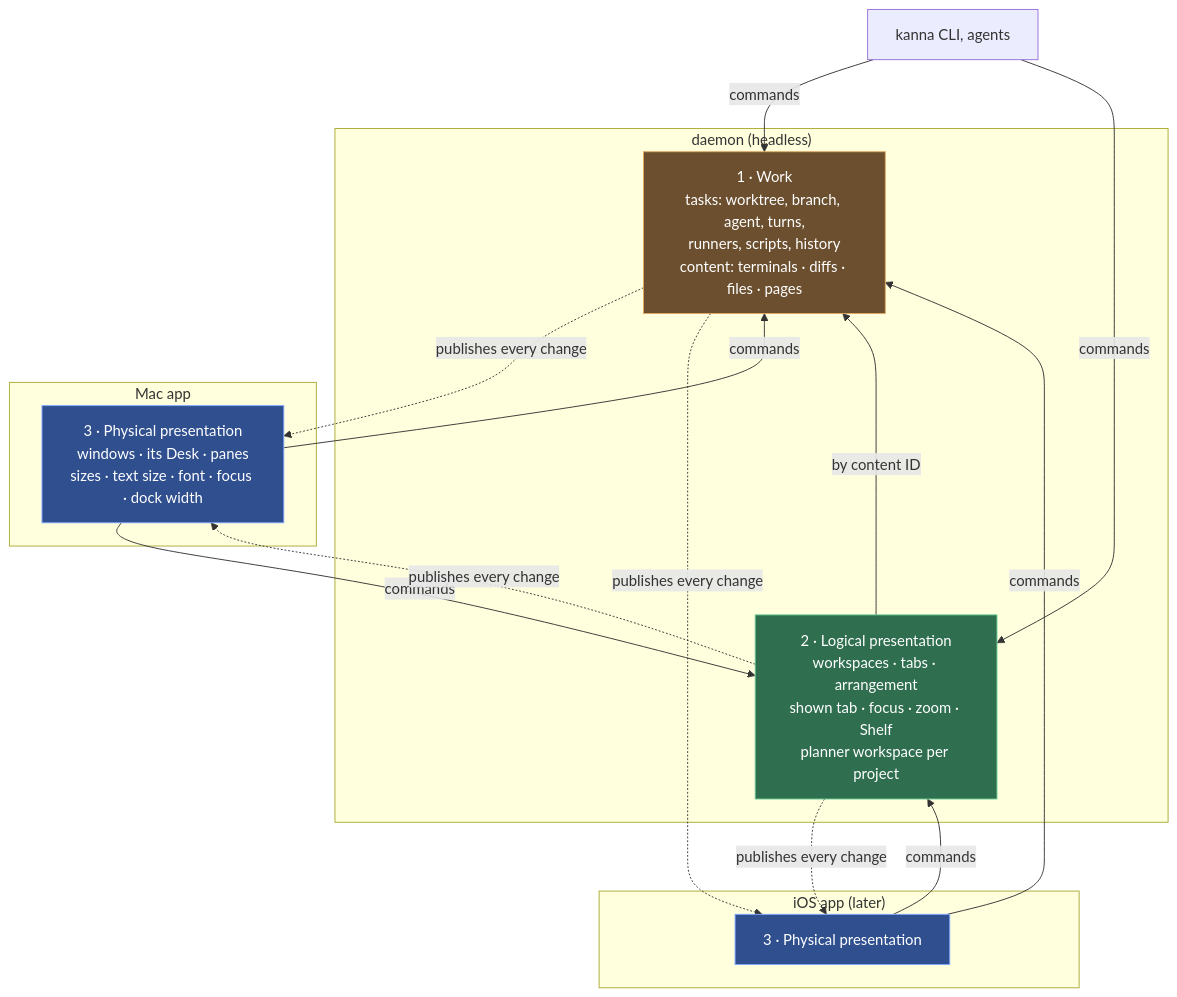
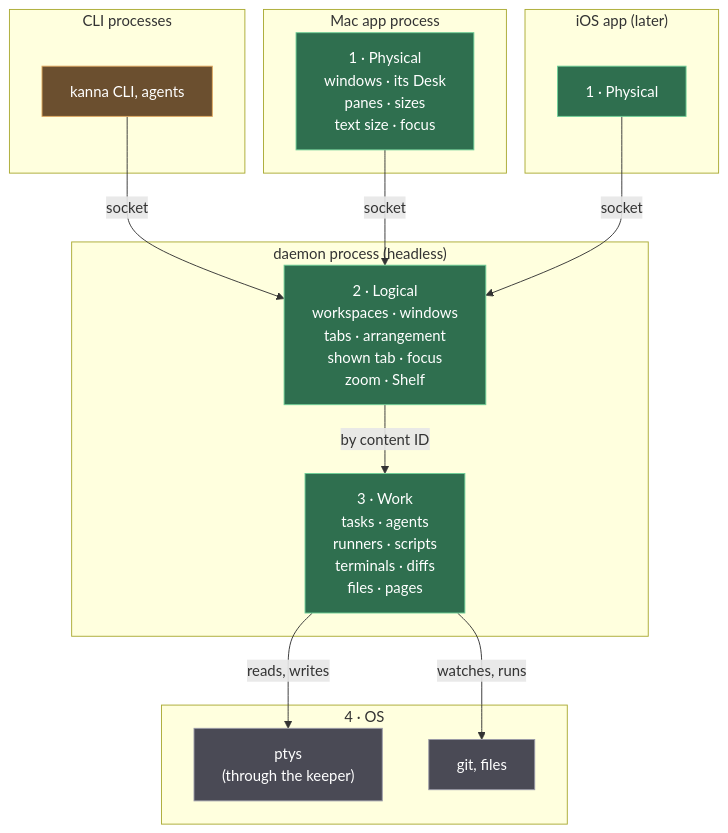
Before and after one commit to tampopogk/kanna: the first of 2 diagrams in docs/specs/presentation-layers.md, drawn with Mermaid. The commit also changed other lines of this file, not shown here.

Commit message:
Presentation layers: physical on top as the layer-diagrams skill says, and drop the list of today's mixing

````diff
--- a/docs/specs/presentation-layers.md
+++ b/docs/specs/presentation-layers.md
@@ -20,24 +19,32 @@
 ```mermaid
 flowchart TB
-    CLI["kanna CLI, agents"]
-    subgraph D["daemon (headless)"]
-        W["1 · Work<br/>tasks: worktree, branch, agent, turns,<br/>runners, scripts, history<br/>content: terminals · diffs · files · pages"]
-        L["2 · Logical presentation<br/>workspaces · tabs · arrangement<br/>shown tab · focus · zoom · Shelf<br/>planner workspace per project"]
+    subgraph CLIP["CLI processes"]
+        CLI["kanna CLI, agents"]
+    end
+    subgraph M["Mac app process"]
+        PM["1 · Physical<br/>windows · its Desk<br/>panes · sizes<br/>text size · focus"]
+    end
+    subgraph I["iOS app (later)"]
+        PI["1 · Physical"]
+    end
+    subgraph D["daemon process (headless)"]
+        L["2 · Logical<br/>workspaces · windows<br/>tabs · arrangement<br/>shown tab · focus<br/>zoom · Shelf"]
+        W["3 · Work<br/>tasks · agents<br/>runners · scripts<br/>terminals · diffs<br/>files · pages"]
         L -->|"by content ID"| W
     end
-    subgraph M["Mac app"]
-        PM["3 · Physical presentation<br/>windows · its Desk · panes<br/>sizes · text size · font · focus · dock width"]
+    subgraph OS["4 · OS"]
+        PTY["ptys<br/>(through the keeper)"]
+        GIT["git, files"]
     end
-    subgraph I["iOS app (later)"]
-        PI["3 · Physical presentation"]
-    end
-    CLI -->|"commands"| W & L
-    PM & PI -->|"commands"| W & L
-    W & L -.->|"publishes every change"| PM & PI
-    classDef work fill:#6b4f2f,stroke:#e0a960,color:#ffffff
-    classDef logic fill:#2f6f4f,stroke:#6fcf97,color:#ffffff
-    classDef phys fill:#2f4f8f,stroke:#7fa7ff,color:#ffffff
-    class W work
-    class L logic
-    class PM,PI phys
+    CLI -->|"socket"| L
+    PM -->|"socket"| L
+    PI -->|"socket"| L
+    W -->|"reads, writes"| PTY
+    W -->|"watches, runs"| GIT
+    classDef ours fill:#2f6f4f,stroke:#6fcf97,color:#ffffff
+    classDef os fill:#4a4a55,stroke:#9a9aa8,color:#ffffff
+    classDef client fill:#6b4f2f,stroke:#e0a960,color:#ffffff
+    class PM,PI,L,W ours
+    class PTY,GIT os
+    class CLI client
 ```
````
